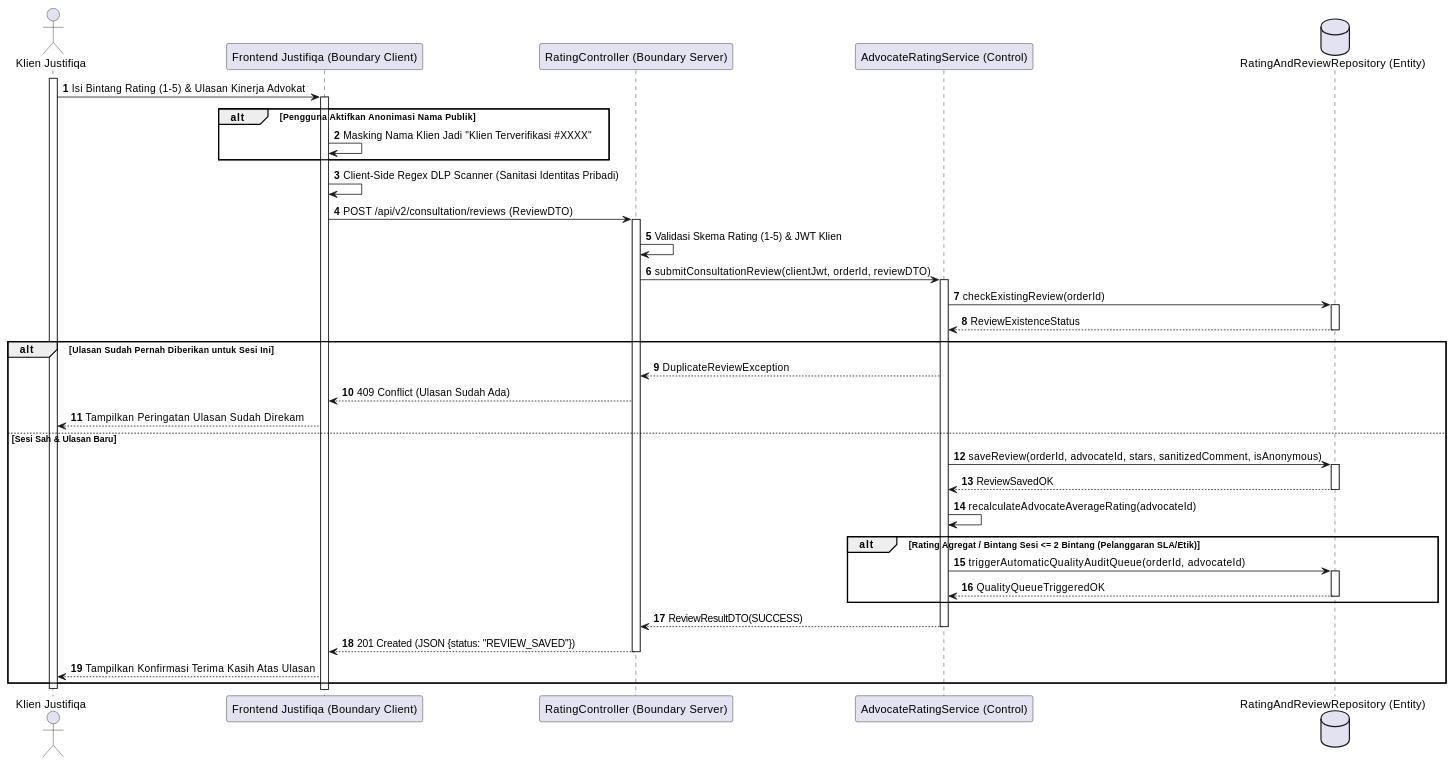
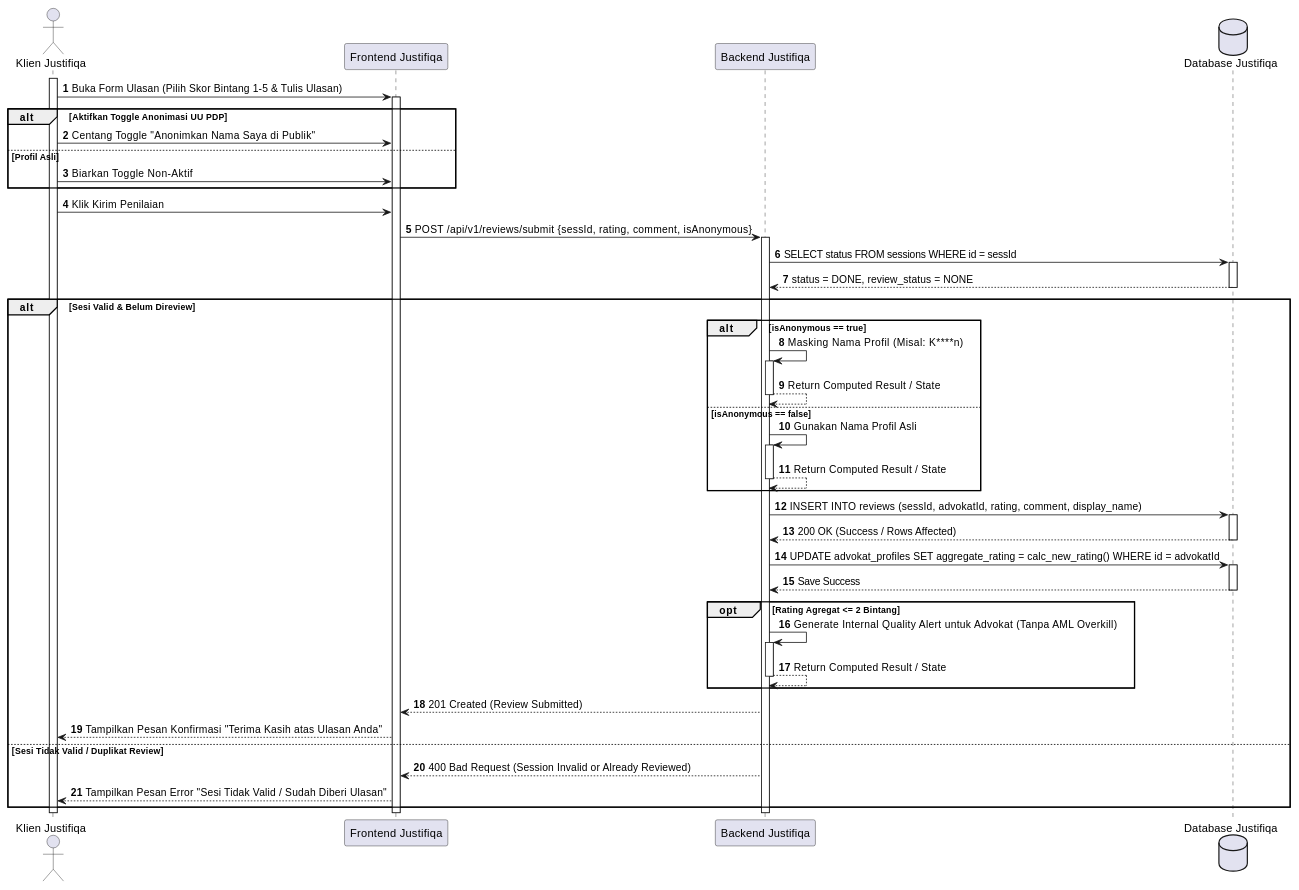
Before and after one commit to tupperwureism/SuperApp-Gagal: diagram 13 of 28 in MarkDown/plantuml_sequence_diagrams.md, drawn with PlantUML. The commit also changed other lines of this file and 3 other files, not shown here.

````diff
--- a/MarkDown/plantuml_sequence_diagrams.md
+++ b/MarkDown/plantuml_sequence_diagrams.md
@@ -791,42 +1054,49 @@
 ```plantuml
 @startuml
 autonumber
-actor "Klien Justifiqa" as User
-participant "Frontend Justifiqa (Boundary Client)" as B_FE
-participant "RatingController (Boundary Server)" as B_BE
-participant "AdvocateRatingService (Control)" as C_Svc
-database "RatingAndReviewRepository (Entity)" as E_DB
+actor "Klien Justifiqa" as Klien
+participant "Frontend Justifiqa" as FE
+participant "Backend Justifiqa" as BE
+database "Database Justifiqa" as DB
 
-activate User
-User -> B_FE ++ : Isi Bintang Rating (1-5) & Ulasan Kinerja Advokat
-alt Pengguna Aktifkan Anonimasi Nama Publik
-    B_FE -> B_FE : Masking Nama Klien Jadi "Klien Terverifikasi #XXXX"
+activate Klien
+Klien -> FE ++ : Buka Form Ulasan (Pilih Skor Bintang 1-5 & Tulis Ulasan)
+alt Aktifkan Toggle Anonimasi UU PDP
+    Klien -> FE : Centang Toggle "Anonimkan Nama Saya di Publik"
+else Profil Asli
+    Klien -> FE : Biarkan Toggle Non-Aktif
 end
-B_FE -> B_FE : Client-Side Regex DLP Scanner (Sanitasi Identitas Pribadi)
-B_FE -> B_BE ++ : POST /api/v2/consultation/reviews (ReviewDTO)
-B_BE -> B_BE : Validasi Skema Rating (1-5) & JWT Klien
-B_BE -> C_Svc ++ : submitConsultationReview(clientJwt, orderId, reviewDTO)
-C_Svc -> E_DB ++ : checkExistingReview(orderId)
-E_DB --> C_Svc -- : ReviewExistenceStatus
+Klien -> FE : Klik Kirim Penilaian
+FE -> BE ++ : POST /api/v1/reviews/submit {sessId, rating, comment, isAnonymous}
+BE -> DB ++ : SELECT status FROM sessions WHERE id = sessId
+DB --> BE -- : status = DONE, review_status = NONE
 
-alt Ulasan Sudah Pernah Diberikan untuk Sesi Ini
-    C_Svc --> B_BE : DuplicateReviewException
-    B_BE --> B_FE : 409 Conflict (Ulasan Sudah Ada)
-    B_FE --> User : Tampilkan Peringatan Ulasan Sudah Direkam
-else Sesi Sah & Ulasan Baru
-    C_Svc -> E_DB ++ : saveReview(orderId, advocateId, stars, sanitizedComment, isAnonymous)
-    E_DB --> C_Svc -- : ReviewSavedOK
-    C_Svc -> C_Svc : recalculateAdvocateAverageRating(advocateId)
-
-    alt Rating Agregat / Bintang Sesi <= 2 Bintang (Pelanggaran SLA/Etik)
-        C_Svc -> E_DB ++ : triggerAutomaticQualityAuditQueue(orderId, advocateId)
-        E_DB --> C_Svc -- : QualityQueueTriggeredOK
+alt Sesi Valid & Belum Direview
+    alt isAnonymous == true
+        BE -> BE ++ : Masking Nama Profil (Misal: K****n)
+        BE --> BE -- : Return Computed Result / State
+    else isAnonymous == false
+        BE -> BE ++ : Gunakan Nama Profil Asli
+        BE --> BE -- : Return Computed Result / State
     end
-
-    C_Svc --> B_BE -- : ReviewResultDTO(SUCCESS)
-    B_BE --> B_FE -- : 201 Created (JSON {status: "REVIEW_SAVED"})
-    B_FE --> User : Tampilkan Konfirmasi Terima Kasih Atas Ulasan
+    BE -> DB ++ : INSERT INTO reviews (sessId, advokatId, rating, comment, display_name)
+    DB --> BE -- : 200 OK (Success / Rows Affected)
+    BE -> DB ++ : UPDATE advokat_profiles SET aggregate_rating = calc_new_rating() WHERE id = advokatId
+    DB --> BE -- : Save Success
+    
+    opt Rating Agregat <= 2 Bintang
+        BE -> BE ++ : Generate Internal Quality Alert untuk Advokat (Tanpa AML Overkill)
+        BE --> BE -- : Return Computed Result / State
+    end
+    
+    BE --> FE : 201 Created (Review Submitted)
+    FE --> Klien : Tampilkan Pesan Konfirmasi "Terima Kasih atas Ulasan Anda"
+else Sesi Tidak Valid / Duplikat Review
+    BE --> FE : 400 Bad Request (Session Invalid or Already Reviewed)
+    FE --> Klien : Tampilkan Pesan Error "Sesi Tidak Valid / Sudah Diberi Ulasan"
 end
-deactivate User
+deactivate BE
+deactivate FE
+deactivate Klien
 @enduml
 ```
````
